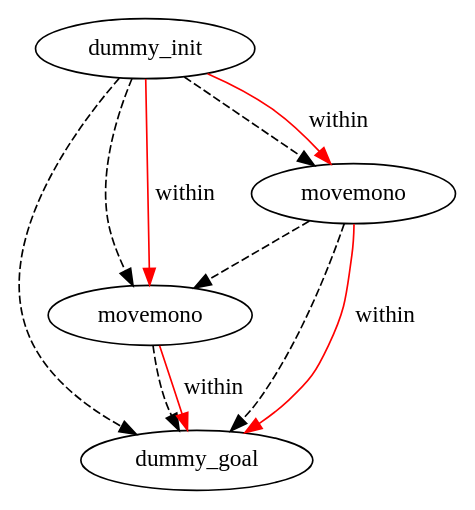
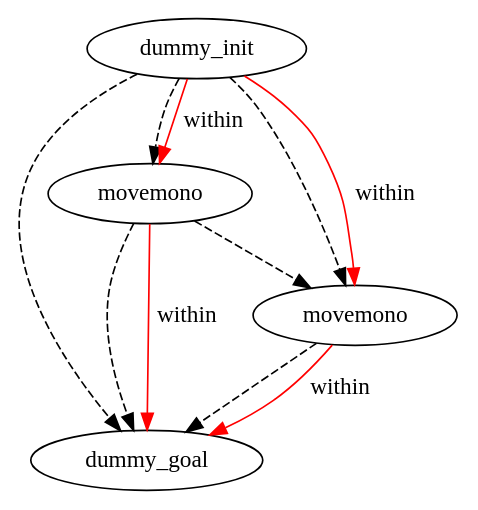
The diagram in plans/manipulation-domain/test_42_problem-plan_0.dot (PetervDooren/PyDPOCL), drawn with Graphviz before and after one commit. The commit also changed 590 other files, not shown here.

```diff
--- a/plans/manipulation-domain/test_42_problem-plan_0.dot
+++ b/plans/manipulation-domain/test_42_problem-plan_0.dot
@@ -1,16 +1,16 @@
 digraph {
-	"44f916ef-ef43-4fc0-9c53-c246d060ab45" [label=dummy_init]
-	"8b7a5e38-6f70-a306-3496-092ef652fc7d" [label=dummy_goal]
-	"af28a666-b88f-a256-e5f9-ae5086bf1142" [label=movemono]
-	"f349e856-6979-2102-dbb7-b5630f592492" [label=movemono]
-	"44f916ef-ef43-4fc0-9c53-c246d060ab45" -> "f349e856-6979-2102-dbb7-b5630f592492" [color=black style=dashed]
-	"44f916ef-ef43-4fc0-9c53-c246d060ab45" -> "af28a666-b88f-a256-e5f9-ae5086bf1142" [color=black style=dashed]
-	"f349e856-6979-2102-dbb7-b5630f592492" -> "8b7a5e38-6f70-a306-3496-092ef652fc7d" [color=black style=dashed]
-	"af28a666-b88f-a256-e5f9-ae5086bf1142" -> "8b7a5e38-6f70-a306-3496-092ef652fc7d" [color=black style=dashed]
-	"44f916ef-ef43-4fc0-9c53-c246d060ab45" -> "8b7a5e38-6f70-a306-3496-092ef652fc7d" [color=black style=dashed]
-	"f349e856-6979-2102-dbb7-b5630f592492" -> "af28a666-b88f-a256-e5f9-ae5086bf1142" [color=black style=dashed]
-	"af28a666-b88f-a256-e5f9-ae5086bf1142" -> "8b7a5e38-6f70-a306-3496-092ef652fc7d" [label=within color=red]
-	"44f916ef-ef43-4fc0-9c53-c246d060ab45" -> "af28a666-b88f-a256-e5f9-ae5086bf1142" [label=within color=red]
-	"44f916ef-ef43-4fc0-9c53-c246d060ab45" -> "f349e856-6979-2102-dbb7-b5630f592492" [label=within color=red]
-	"f349e856-6979-2102-dbb7-b5630f592492" -> "8b7a5e38-6f70-a306-3496-092ef652fc7d" [label=within color=red]
+	"6be3c846-536b-24e2-27e4-2a9bda5f9e54" [label=dummy_init]
+	"ac5025bf-0a5b-552e-b8c2-83260628a48e" [label=dummy_goal]
+	"a2225b0b-6e5a-1814-47bf-cb39e5a57912" [label=movemono]
+	"62bf2e13-5deb-ebca-b9c5-07451a21e175" [label=movemono]
+	"6be3c846-536b-24e2-27e4-2a9bda5f9e54" -> "ac5025bf-0a5b-552e-b8c2-83260628a48e" [color=black style=dashed]
+	"62bf2e13-5deb-ebca-b9c5-07451a21e175" -> "ac5025bf-0a5b-552e-b8c2-83260628a48e" [color=black style=dashed]
+	"6be3c846-536b-24e2-27e4-2a9bda5f9e54" -> "62bf2e13-5deb-ebca-b9c5-07451a21e175" [color=black style=dashed]
+	"a2225b0b-6e5a-1814-47bf-cb39e5a57912" -> "62bf2e13-5deb-ebca-b9c5-07451a21e175" [color=black style=dashed]
+	"6be3c846-536b-24e2-27e4-2a9bda5f9e54" -> "a2225b0b-6e5a-1814-47bf-cb39e5a57912" [color=black style=dashed]
+	"a2225b0b-6e5a-1814-47bf-cb39e5a57912" -> "ac5025bf-0a5b-552e-b8c2-83260628a48e" [color=black style=dashed]
+	"6be3c846-536b-24e2-27e4-2a9bda5f9e54" -> "a2225b0b-6e5a-1814-47bf-cb39e5a57912" [label=within color=red]
+	"6be3c846-536b-24e2-27e4-2a9bda5f9e54" -> "62bf2e13-5deb-ebca-b9c5-07451a21e175" [label=within color=red]
+	"a2225b0b-6e5a-1814-47bf-cb39e5a57912" -> "ac5025bf-0a5b-552e-b8c2-83260628a48e" [label=within color=red]
+	"62bf2e13-5deb-ebca-b9c5-07451a21e175" -> "ac5025bf-0a5b-552e-b8c2-83260628a48e" [label=within color=red]
 }
```
